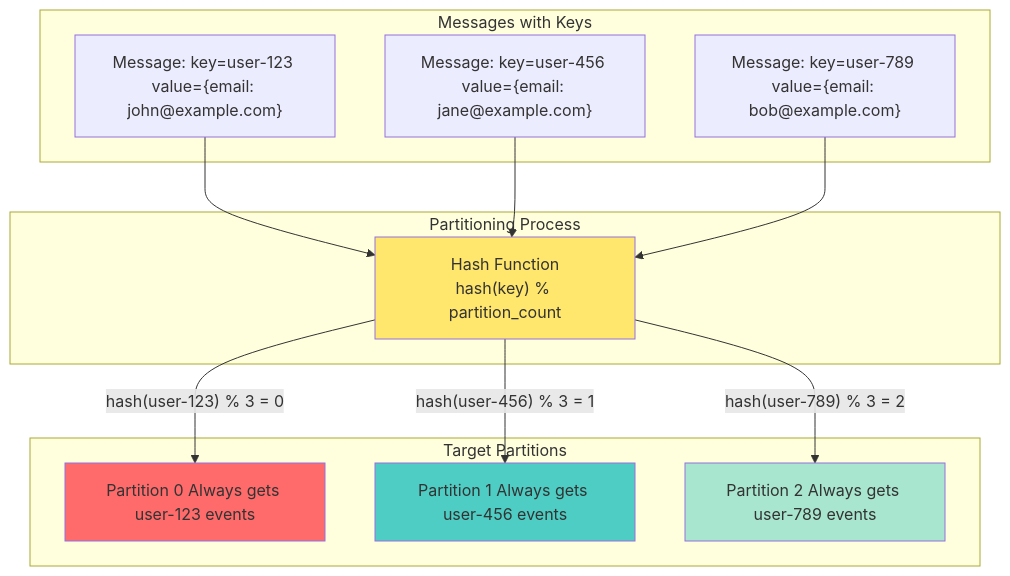
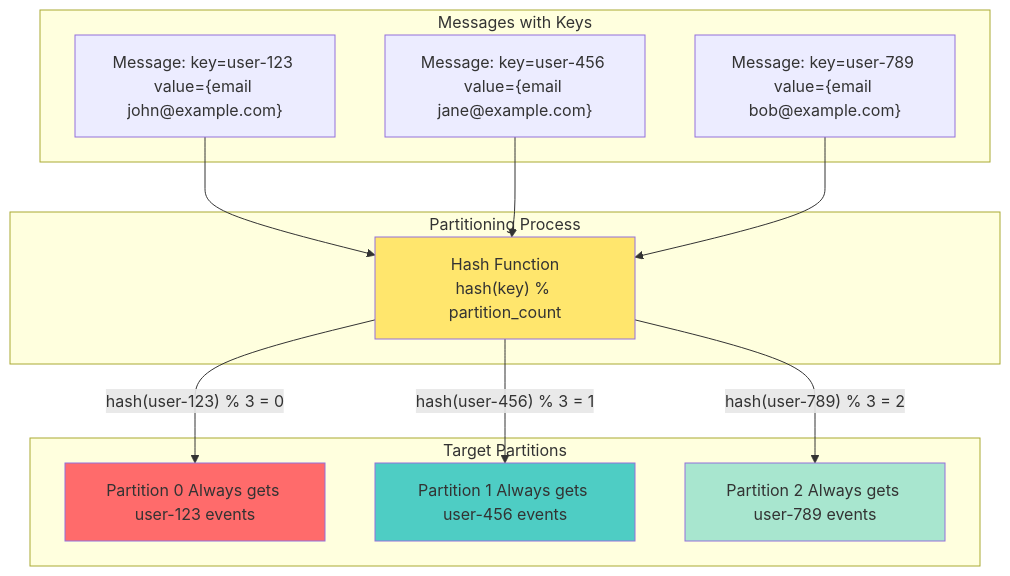
One commit to vorrawut/KafkaStarter changed the second of 9 diagrams in class/modules/lesson_4/concept.md. Above: the diagram before and after it, drawn with Mermaid.

````diff
--- a/class/modules/lesson_4/concept.md
+++ b/class/modules/lesson_4/concept.md
@@ -82,31 +82,31 @@
 ```mermaid
 flowchart TD
     subgraph "Messages with Keys"
-        M1["Message: key=user-123 value={email: john@example.com}"]
-        M2["Message: key=user-456 value={email: jane@example.com}"]
-        M3["Message: key=user-789 value={email: bob@example.com}"]
+        M1["Message: key=user-123 value={email john@example.com}"]
+        M2["Message: key=user-456 value={email jane@example.com}"]
+        M3["Message: key=user-789 value={email bob@example.com}"]
     end
     
     subgraph "Partitioning Process"
         HASH["Hash Function<br/>hash(key) % partition_count"]
     end
     
     subgraph "Target Partitions"
         P0["Partition 0 Always gets user-123 events"]
         P1["Partition 1 Always gets user-456 events"]
         P2["Partition 2 Always gets user-789 events"]
     end
     
     M1 --> HASH
     M2 --> HASH
     M3 --> HASH
     
     HASH -->|"hash(user-123) % 3 = 0"| P0
     HASH -->|"hash(user-456) % 3 = 1"| P1
     HASH -->|"hash(user-789) % 3 = 2"| P2
     
     style HASH fill:#ffe66d
     style P0 fill:#ff6b6b
     style P1 fill:#4ecdc4
     style P2 fill:#a8e6cf
 ```
````
